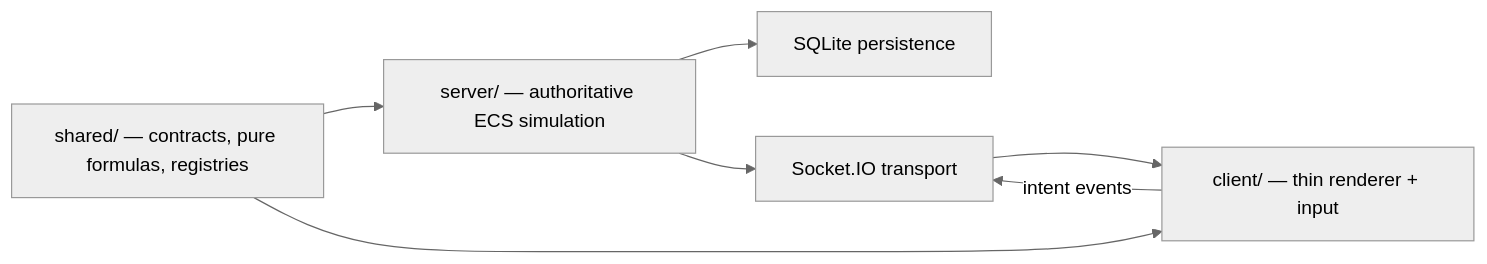
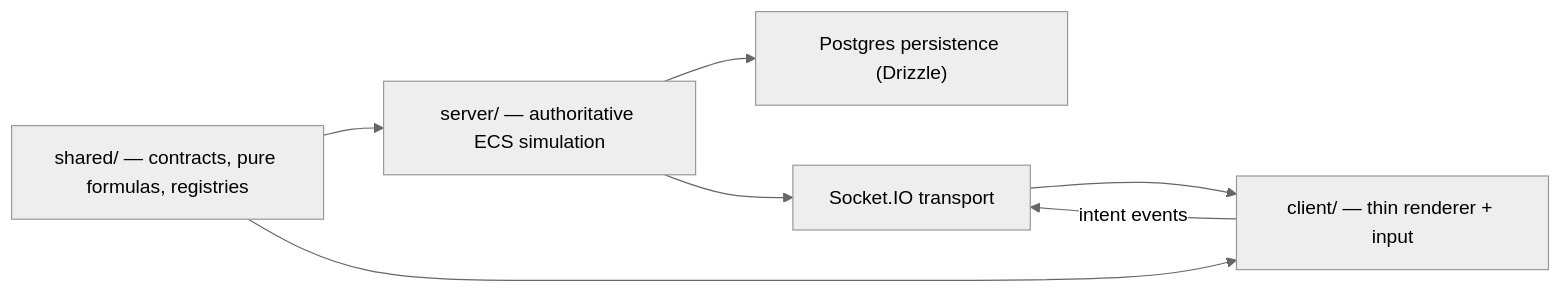
One commit to RaimonTarga/MMOidleProject changed the diagram in design_docs/architecture.md. Above: the diagram before and after it, drawn with Mermaid (neutral theme). The commit also changed other lines of this file and 43 other files, not shown here.

First line of the commit message:
docs: archive shipped plans, refresh architecture, tidy doc hygiene

````diff
--- a/design_docs/architecture.md
+++ b/design_docs/architecture.md
@@ -17,15 +19,15 @@
 ```mermaid
 flowchart LR
   shared["shared/ — contracts, pure formulas, registries"]
   server["server/ — authoritative ECS simulation"]
   client["client/ — thin renderer + input"]
-  db["SQLite persistence"]
+  db["Postgres persistence (Drizzle)"]
   proto["Socket.IO transport"]
 
   shared --> server
   shared --> client
   server --> db
   server --> proto
   proto --> client
   client -->|intent events| proto
 ```
````
